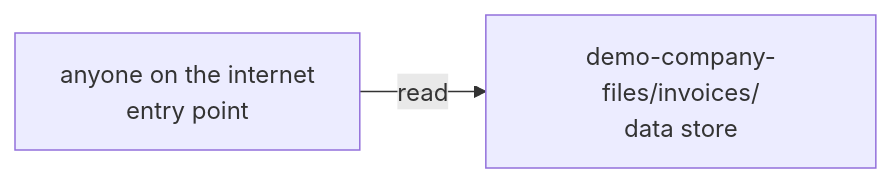
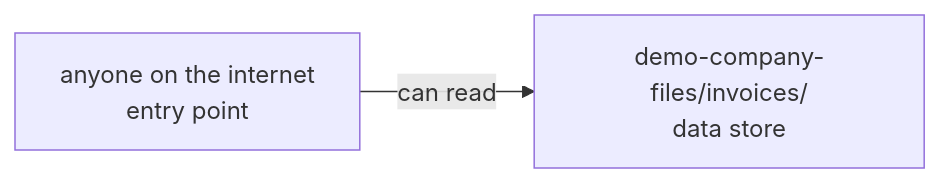
The diagram in tests/unit/snapshots/render/fixture-public-bucket.md (AjinkyaTaranekar/theseus), drawn with Mermaid before and after one commit. The commit also changed other lines of this file and 19 other files, not shown here.

````diff
--- a/tests/unit/snapshots/render/fixture-public-bucket.md
+++ b/tests/unit/snapshots/render/fixture-public-bucket.md
@@ -11,6 +11,6 @@
 ```mermaid
 flowchart LR
   n1["anyone on the internet<br/>entry point"]
   n2["demo-company-files/invoices/<br/>data store"]
-  n1 -->|"read"| n2
+  n1 -->|"can read"| n2
 ```
````
